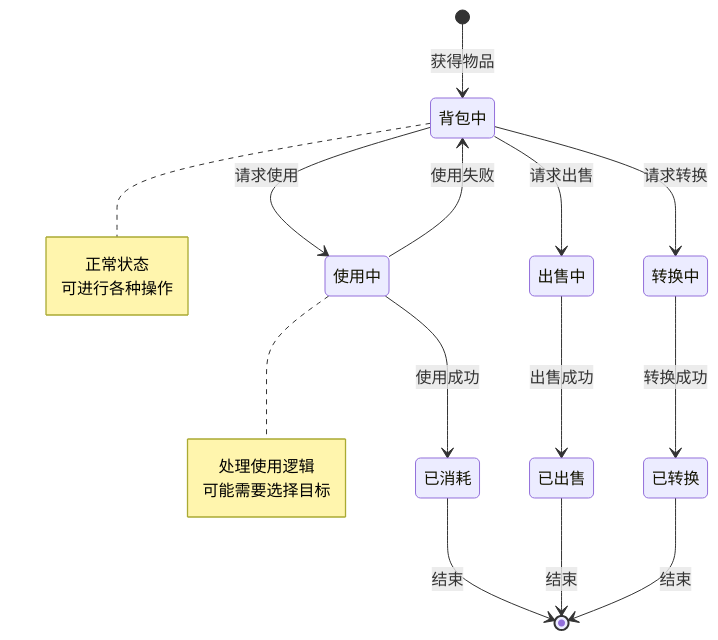
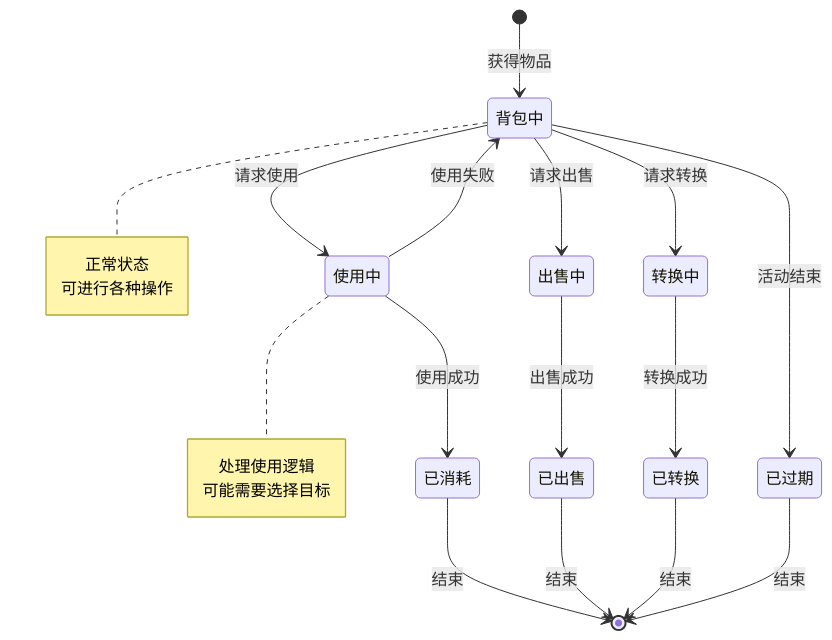
One commit to Alan-Ben/k2c_game_framework changed the first of 6 diagrams in docs/Module_Bag/06_实现细节.md. Above: the diagram before and after it, drawn with Mermaid. The commit also changed other lines of this file and 75 other files, not shown here.

````diff
--- a/docs/Module_Bag/06_实现细节.md
+++ b/docs/Module_Bag/06_实现细节.md
@@ -79,24 +97,26 @@
 ```mermaid
 stateDiagram-v2
     [*] --> 背包中: 获得物品
     背包中 --> 使用中: 请求使用
     使用中 --> 背包中: 使用失败
     使用中 --> 已消耗: 使用成功
     背包中 --> 出售中: 请求出售
     出售中 --> 已出售: 出售成功
     背包中 --> 转换中: 请求转换
     转换中 --> 已转换: 转换成功
+    背包中 --> 已过期: 活动结束
     已消耗 --> [*]: 结束
     已出售 --> [*]: 结束
     已转换 --> [*]: 结束
+    已过期 --> [*]: 结束
 
     note right of 背包中
         正常状态
         可进行各种操作
     end note
 
     note right of 使用中
         处理使用逻辑
         可能需要选择目标
     end note
 ```
````
